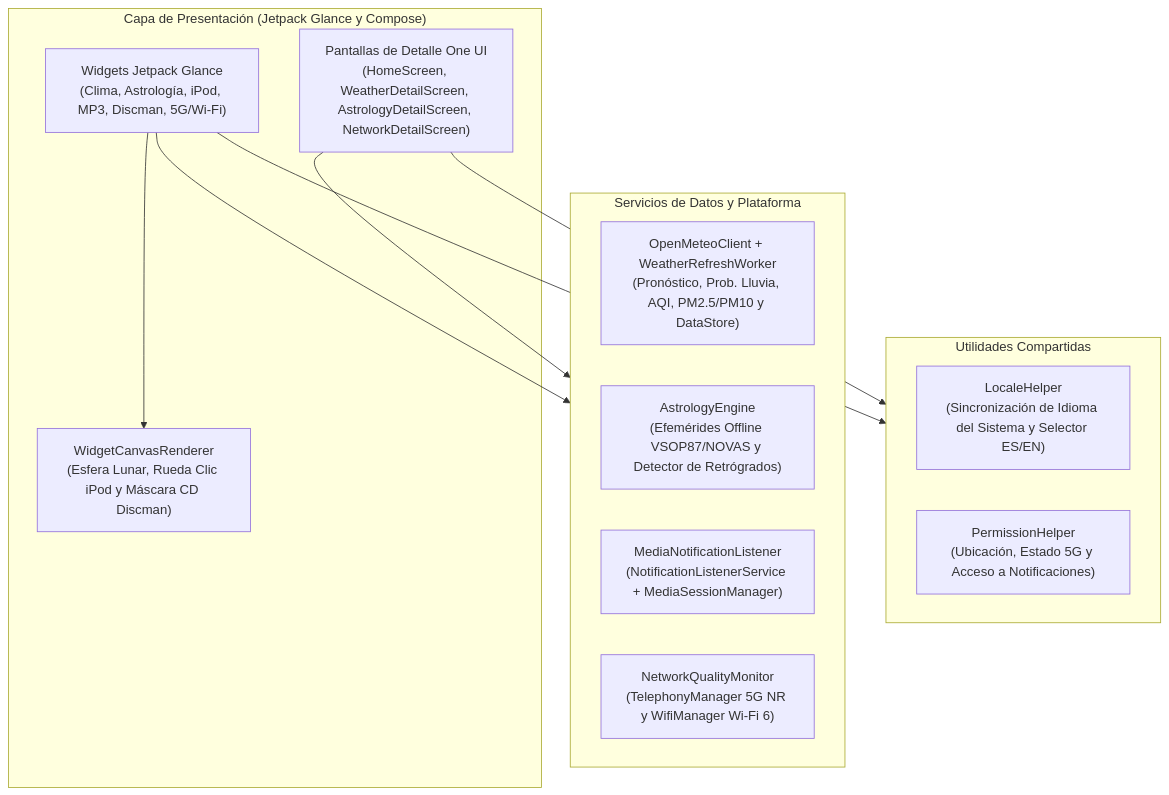
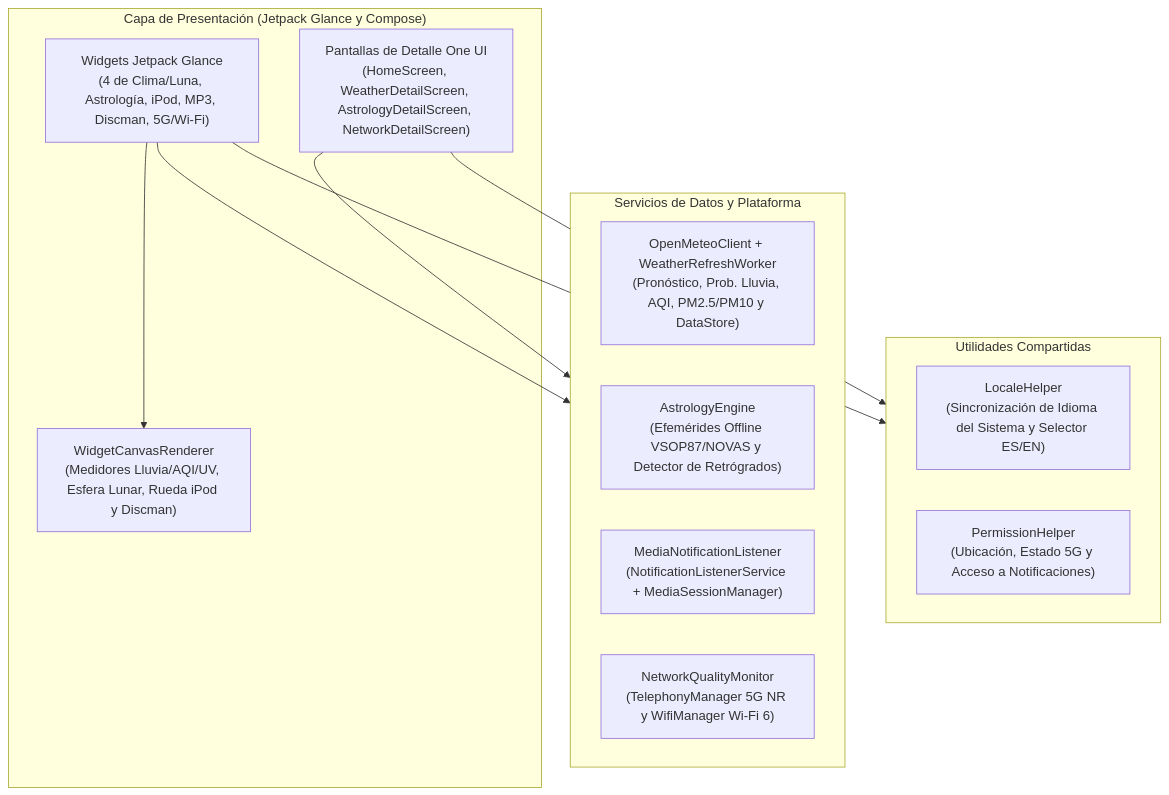
The diagram in README.es.md (AnaCataVC/one-ui-extra-widgets), drawn with Mermaid before and after one commit. The commit also changed other lines of this file and 36 other files, not shown here.

Commit message:
feat(weather): split weather into 4 modular One UI 7 widgets with scientific lunar data

````diff
--- a/README.es.md
+++ b/README.es.md
@@ -43,26 +48,26 @@
 ```mermaid
 flowchart TD
     subgraph UI ["Capa de Presentación (Jetpack Glance y Compose)"]
-        GlanceWidgets["Widgets Jetpack Glance<br/>(Clima, Astrología, iPod, MP3, Discman, 5G/Wi-Fi)"]
+        GlanceWidgets["Widgets Jetpack Glance<br/>(4 de Clima/Luna, Astrología, iPod, MP3, Discman, 5G/Wi-Fi)"]
         ComposeApp["Pantallas de Detalle One UI<br/>(HomeScreen, WeatherDetailScreen, AstrologyDetailScreen, NetworkDetailScreen)"]
-        CanvasRenderer["WidgetCanvasRenderer<br/>(Esfera Lunar, Rueda Clic iPod y Máscara CD Discman)"]
+        CanvasRenderer["WidgetCanvasRenderer<br/>(Medidores Lluvia/AQI/UV, Esfera Lunar, Rueda iPod y Discman)"]
     end
 
     subgraph Data ["Servicios de Datos y Plataforma"]
         WeatherClient["OpenMeteoClient + WeatherRefreshWorker<br/>(Pronóstico, Prob. Lluvia, AQI, PM2.5/PM10 y DataStore)"]
         AstroEngine["AstrologyEngine<br/>(Efemérides Offline VSOP87/NOVAS y Detector de Retrógrados)"]
         MediaBridge["MediaNotificationListener<br/>(NotificationListenerService + MediaSessionManager)"]
         NetMonitor["NetworkQualityMonitor<br/>(TelephonyManager 5G NR y WifiManager Wi-Fi 6)"]
     end
 
     subgraph Utils ["Utilidades Compartidas"]
         LocaleUtil["LocaleHelper<br/>(Sincronización de Idioma del Sistema y Selector ES/EN)"]
         PermUtil["PermissionHelper<br/>(Ubicación, Estado 5G y Acceso a Notificaciones)"]
     end
 
     GlanceWidgets --> CanvasRenderer
     GlanceWidgets --> Data
     ComposeApp --> Data
     ComposeApp --> Utils
     GlanceWidgets --> Utils
 ```
````
